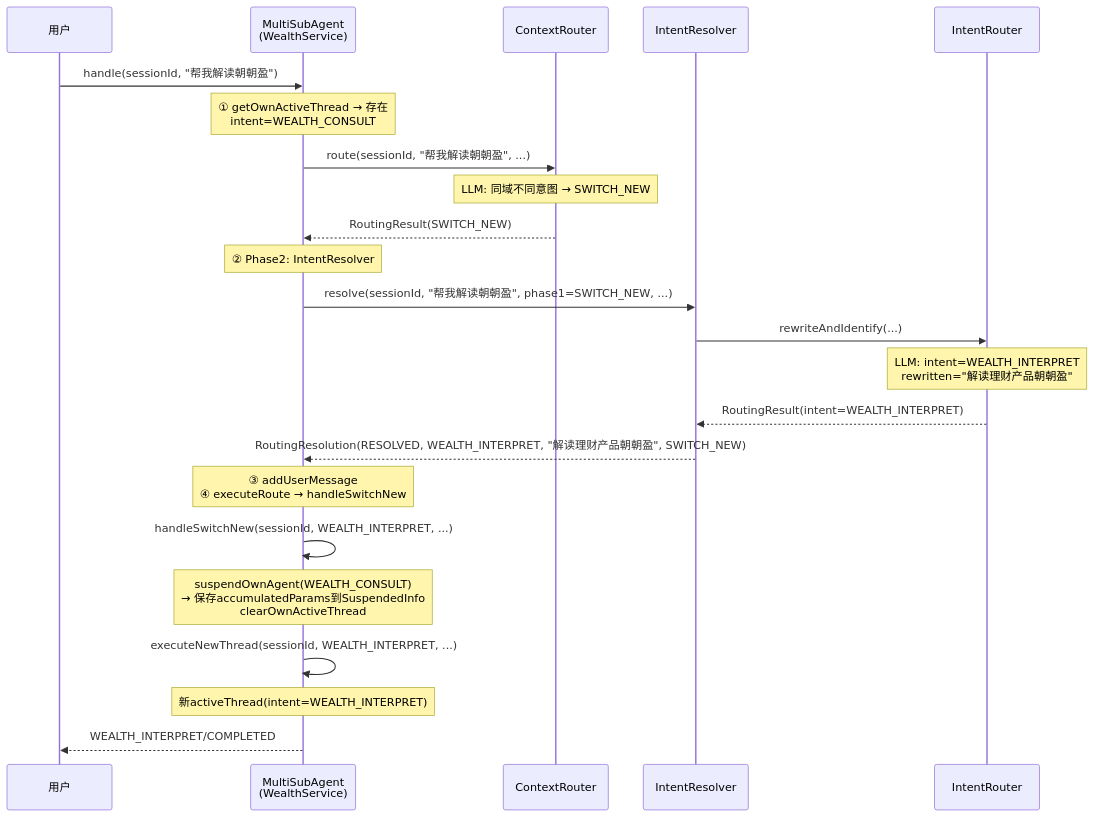
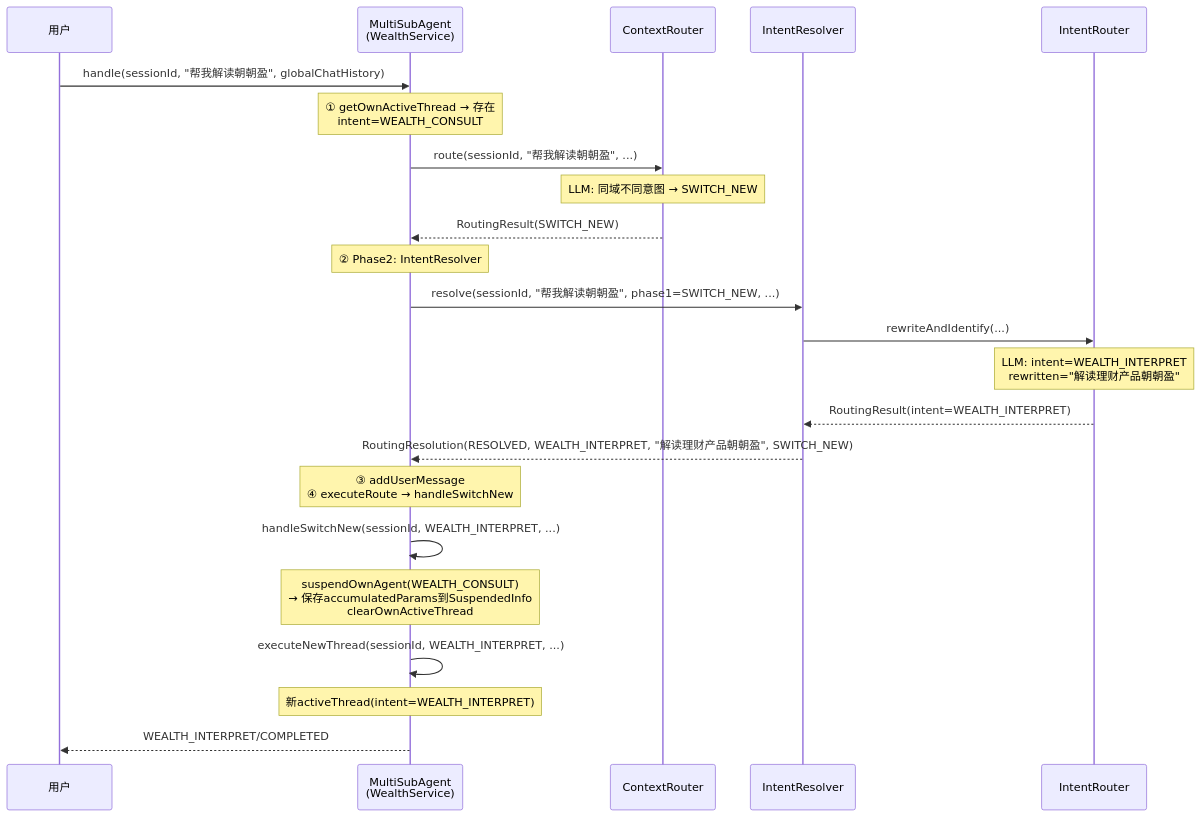
Before and after one commit to michael-lin-45/mobile-ai-bank-demo---workbuddy: the ninth of 18 diagrams in ARCHITECTURE-FULL.md, drawn with Mermaid. The commit also changed other lines of this file and 15 other files, not shown here.

````diff
--- a/ARCHITECTURE-FULL.md
+++ b/ARCHITECTURE-FULL.md
@@ -588,29 +595,29 @@
 ```mermaid
 sequenceDiagram
     participant U as 用户
     participant MSAD as MultiSubAgent<br/>(WealthService)
     participant CR as ContextRouter
     participant IRes as IntentResolver
     participant IR as IntentRouter
 
-    U->>MSAD: handle(sessionId, "帮我解读朝朝盈")
+    U->>MSAD: handle(sessionId, "帮我解读朝朝盈", globalChatHistory)
     
     Note over MSAD: ① getOwnActiveThread → 存在<br/>intent=WEALTH_CONSULT
     MSAD->>CR: route(sessionId, "帮我解读朝朝盈", ...)
     Note over CR: LLM: 同域不同意图 → SWITCH_NEW
     CR-->>MSAD: RoutingResult(SWITCH_NEW)
     
     Note over MSAD: ② Phase2: IntentResolver
     MSAD->>IRes: resolve(sessionId, "帮我解读朝朝盈", phase1=SWITCH_NEW, ...)
     IRes->>IR: rewriteAndIdentify(...)
     Note over IR: LLM: intent=WEALTH_INTERPRET<br/>rewritten="解读理财产品朝朝盈"
     IR-->>IRes: RoutingResult(intent=WEALTH_INTERPRET)
     IRes-->>MSAD: RoutingResolution(RESOLVED, WEALTH_INTERPRET, "解读理财产品朝朝盈", SWITCH_NEW)
     
     Note over MSAD: ③ addUserMessage<br/>④ executeRoute → handleSwitchNew
     MSAD->>MSAD: handleSwitchNew(sessionId, WEALTH_INTERPRET, ...)
     Note over MSAD: suspendOwnAgent(WEALTH_CONSULT)<br/>→ 保存accumulatedParams到SuspendedInfo<br/>clearOwnActiveThread
     MSAD->>MSAD: executeNewThread(sessionId, WEALTH_INTERPRET, ...)
     Note over MSAD: 新activeThread(intent=WEALTH_INTERPRET)
     MSAD-->>U: WEALTH_INTERPRET/COMPLETED
 ```
````
